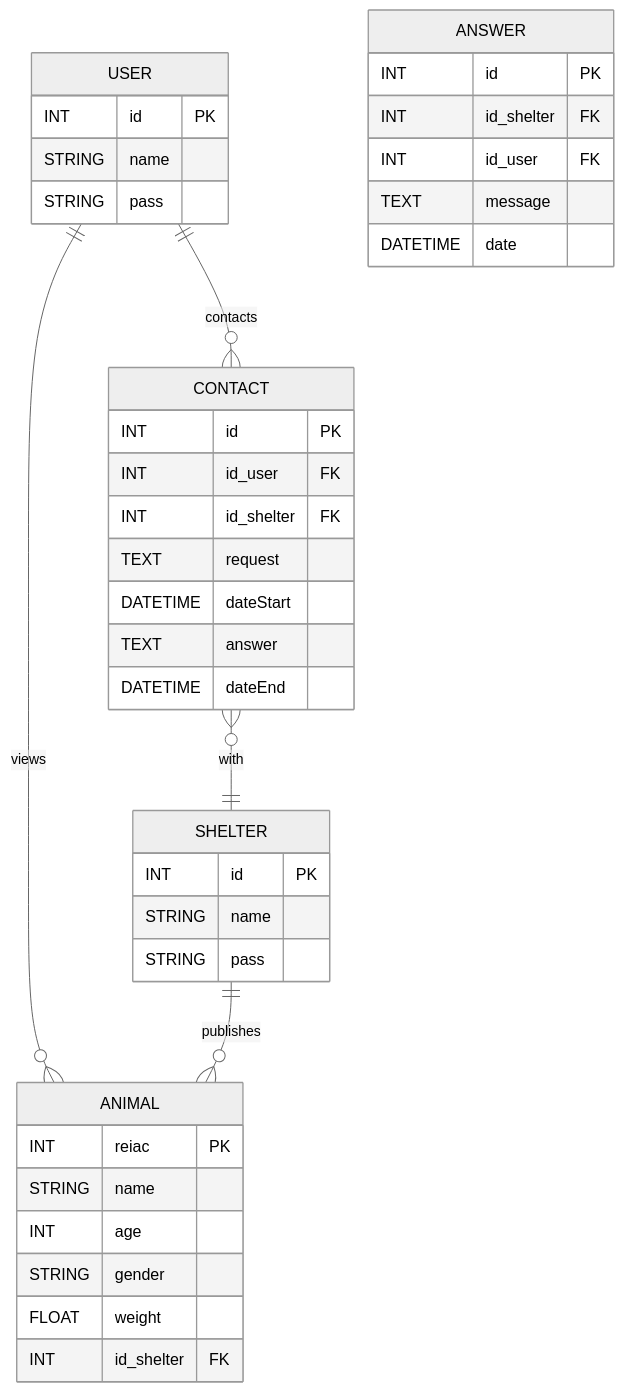
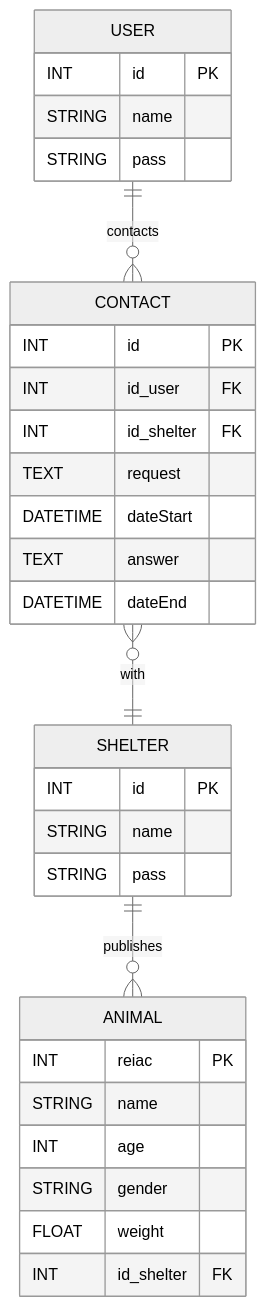
Before and after one commit to FiorellaMoncayo/animal_adoption: the diagram in diagram-bbdd.md, drawn with Mermaid (neutral theme).

````diff
--- a/diagram-bbdd.md
+++ b/diagram-bbdd.md
@@ -13,46 +13,37 @@
 ```mermaid
 erDiagram
     USER {
         INT id PK
         STRING name
         STRING pass
     }
     
     SHELTER {
         INT id PK
         STRING name
         STRING pass       
     }
     
     ANIMAL {
         INT reiac PK
         STRING name
         INT age
         STRING gender
         FLOAT weight
         INT id_shelter FK
     }
     
     CONTACT {
         INT id PK
         INT id_user FK
         INT id_shelter FK
         TEXT request
         DATETIME dateStart
         TEXT answer
         DATETIME dateEnd
     }
 
-    ANSWER {
-        INT id PK
-        INT id_shelter FK
-        INT id_user FK
-        TEXT message
-        DATETIME date
-    }
-
-    USER ||--o{ ANIMAL : "views"
     USER ||--o{ CONTACT : "contacts"
     CONTACT }o--|| SHELTER : "with"
     SHELTER ||--o{ ANIMAL : "publishes"
 ```
````
